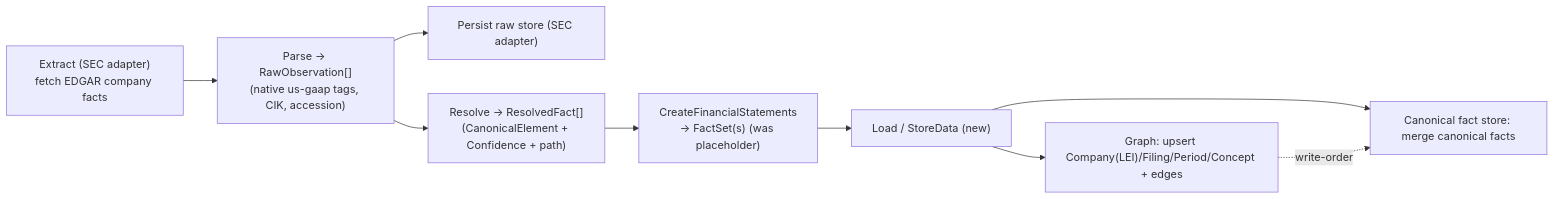
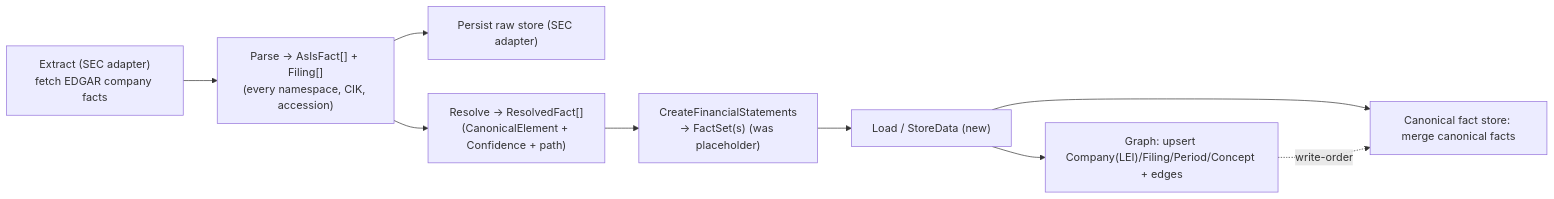
One commit to ironcapitaleu/arkad changed the fourth of 4 diagrams in sec/design/data_model/hybrid_data_model.md. Above: the diagram before and after it, drawn with Mermaid. The commit also changed other lines of this file and 32 other files, not shown here.

First line of the commit message:
feat(xbrl): open the core types and map Company Facts into AsIsFact (#453)

````diff
--- a/sec/design/data_model/hybrid_data_model.md
+++ b/sec/design/data_model/hybrid_data_model.md
@@ -542,11 +542,11 @@
 ```mermaid
 flowchart LR
-  A["Extract (SEC adapter)\nfetch EDGAR company facts"] --> B["Parse → RawObservation[]\n(native us-gaap tags, CIK, accession)"]
+  A["Extract (SEC adapter)\nfetch EDGAR company facts"] --> B["Parse → AsIsFact[] + Filing[]\n(every namespace, CIK, accession)"]
   B --> B2["Persist raw store (SEC adapter)"]
   B --> C["Resolve → ResolvedFact[]\n(CanonicalElement + Confidence + path)"]
   C --> D["CreateFinancialStatements\n→ FactSet(s) (was placeholder)"]
   D --> L["Load / StoreData (new)"]
   L --> G["Graph: upsert Company(LEI)/Filing/Period/Concept + edges"]
   L --> F["Canonical fact store: merge canonical facts"]
   G -. write-order .-> F
 ```
````
